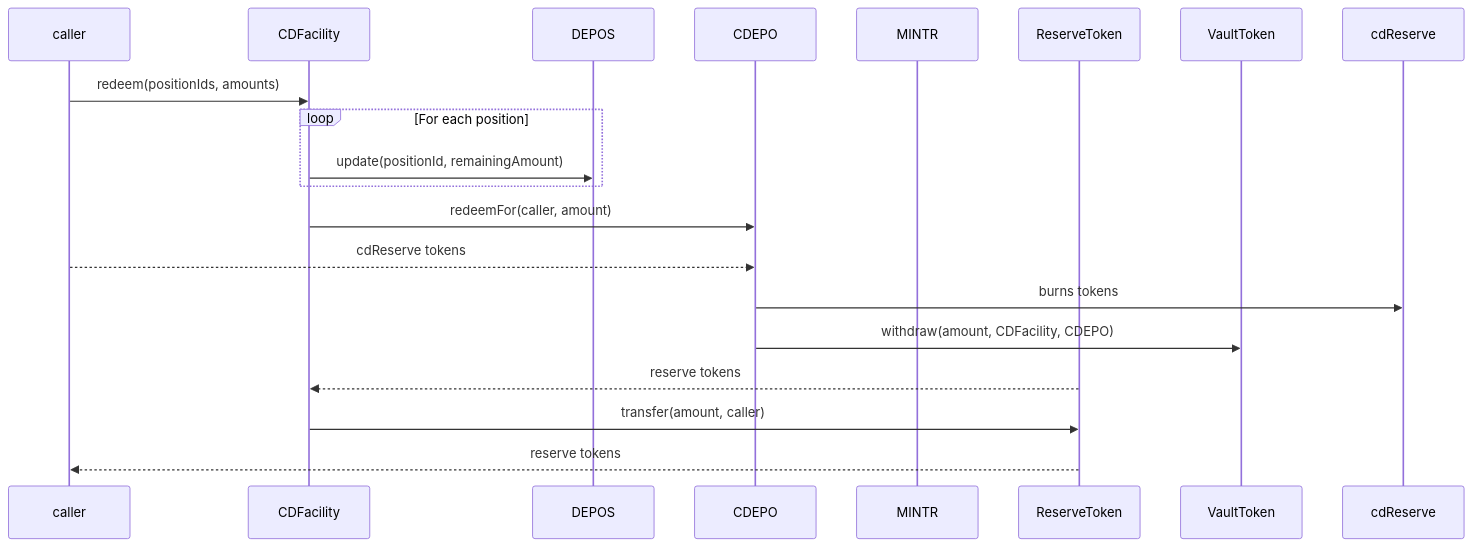
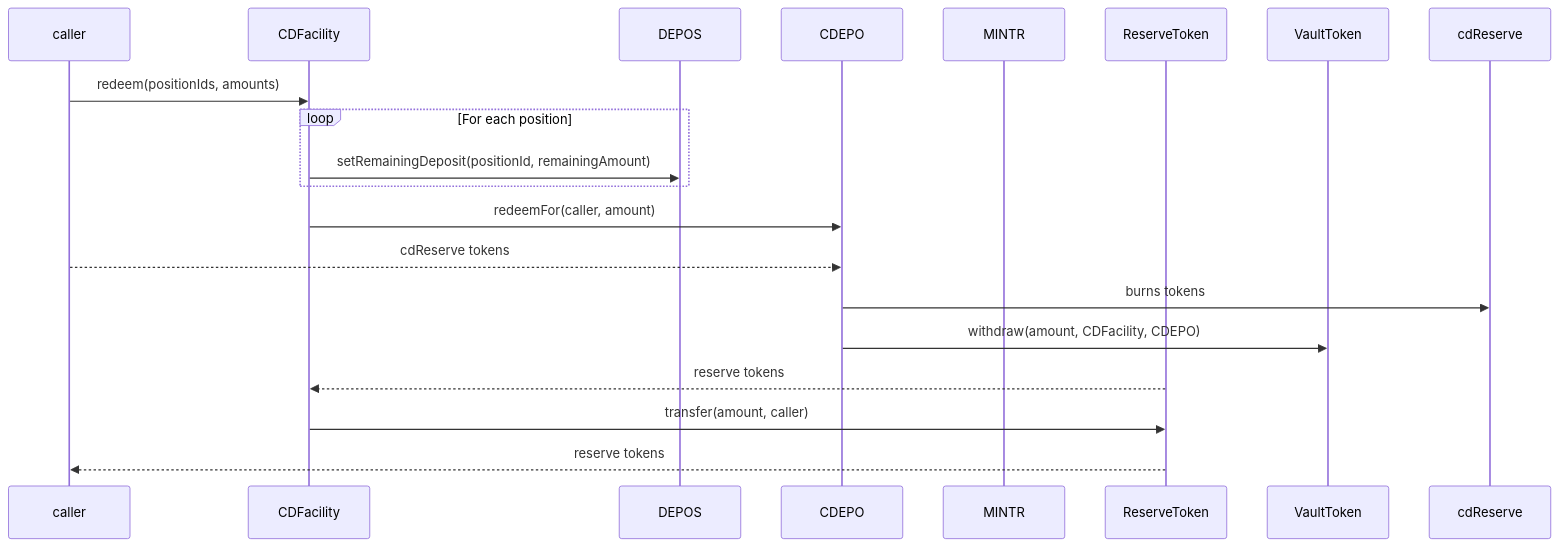
Before and after one commit to OlympusDAO/olympus-v3: the sixth of 7 diagrams in audit/2025-01_convertible-deposits/README.md, drawn with Mermaid. The commit also changed other lines of this file and 9 other files, not shown here.

Commit message:
DEPOS: add additional data to position struct, rename update() to setRemainingDeposit()

````diff
--- a/audit/2025-01_convertible-deposits/README.md
+++ b/audit/2025-01_convertible-deposits/README.md
@@ -348,23 +348,23 @@
 ```mermaid
 sequenceDiagram
     participant caller
     participant CDFacility
     participant DEPOS
     participant CDEPO
     participant MINTR
     participant ReserveToken
     participant VaultToken
     participant cdReserve
 
     caller->>CDFacility: redeem(positionIds, amounts)
     loop For each position
-        CDFacility->>DEPOS: update(positionId, remainingAmount)
+        CDFacility->>DEPOS: setRemainingDeposit(positionId, remainingAmount)
     end
     CDFacility->>CDEPO: redeemFor(caller, amount)
     caller-->>CDEPO: cdReserve tokens
     CDEPO->>cdReserve: burns tokens
     CDEPO->>VaultToken: withdraw(amount, CDFacility, CDEPO)
     ReserveToken-->>CDFacility: reserve tokens
     CDFacility->>ReserveToken: transfer(amount, caller)
     ReserveToken-->>caller: reserve tokens
 ```
````
